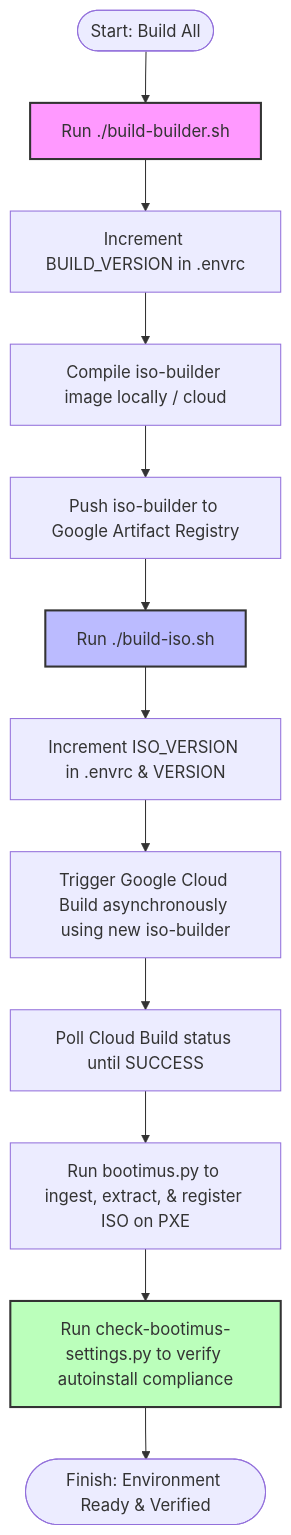
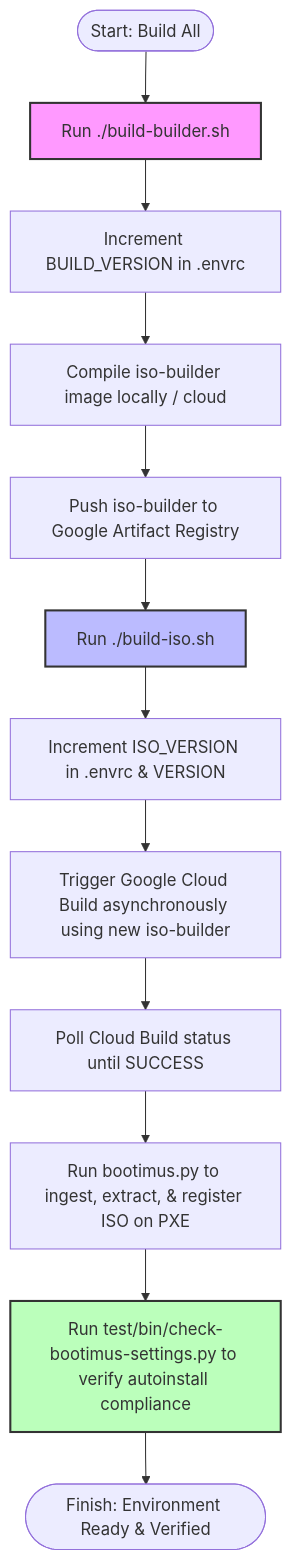
The first of 3 diagrams in docs/DEVELOPMENT.md (mike-ensor/gdc-disk-provisioner-gh), drawn with Mermaid before and after one commit. The commit also changed other lines of this file and 58 other files, not shown here.

````diff
--- a/docs/DEVELOPMENT.md
+++ b/docs/DEVELOPMENT.md
@@ -139,18 +139,18 @@
 ```mermaid
 graph TD
     Start([Start: Build All]) --> Step1[Run ./build-builder.sh]
     Step1 --> Step2[Increment BUILD_VERSION in .envrc]
     Step2 --> Step3[Compile iso-builder image locally / cloud]
     Step3 --> Step4[Push iso-builder to Google Artifact Registry]
     Step4 --> Step5[Run ./build-iso.sh]
     Step5 --> Step6[Increment ISO_VERSION in .envrc & VERSION]
     Step6 --> Step7[Trigger Google Cloud Build asynchronously using new iso-builder]
     Step7 --> Step8[Poll Cloud Build status until SUCCESS]
     Step8 --> Step9[Run bootimus.py to ingest, extract, & register ISO on PXE]
-    Step9 --> Step10[Run check-bootimus-settings.py to verify autoinstall compliance]
+    Step9 --> Step10[Run test/bin/check-bootimus-settings.py to verify autoinstall compliance]
     Step10 --> End([Finish: Environment Ready & Verified])
 
     style Step1 fill:#f9f,stroke:#333,stroke-width:2px
     style Step5 fill:#bbf,stroke:#333,stroke-width:2px
     style Step10 fill:#bfb,stroke:#333,stroke-width:2px
 ```
````
